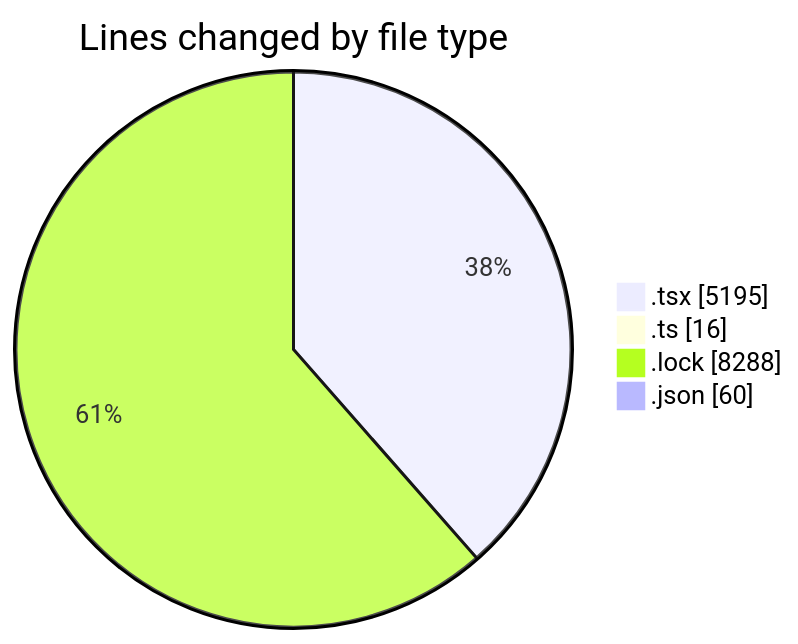
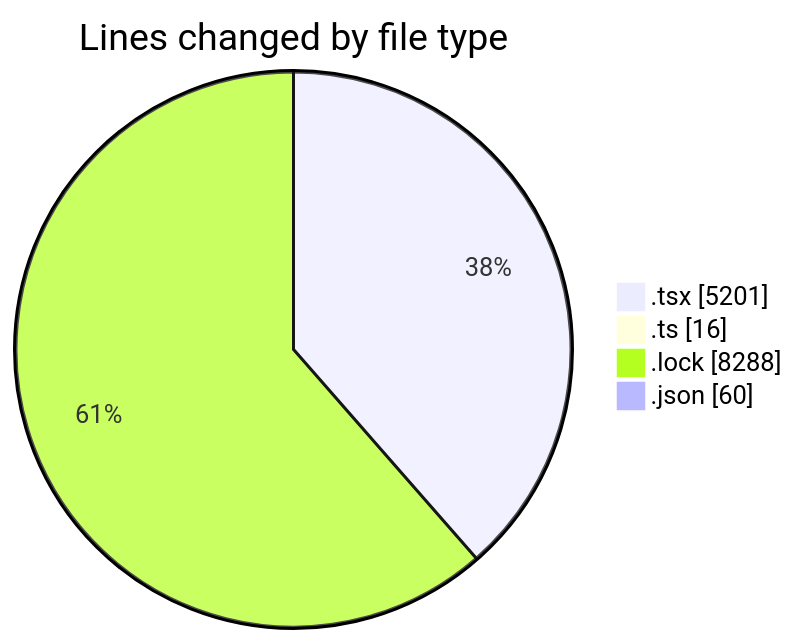
Before and after one commit to momahboobian/code-tracking: the first of 2 diagrams in 2025-11-07/cda/README.md, drawn with Mermaid. The commit also changed other lines of this file and 1 other file, not shown here.

````diff
--- a/2025-11-07/cda/README.md
+++ b/2025-11-07/cda/README.md
@@ -27,8 +27,8 @@
 ```mermaid
 pie showData
 title Lines changed by file type
-".tsx" : 5195
+".tsx" : 5201
 ".ts" : 16
 ".lock" : 8288
 ".json" : 60
 ```
````
